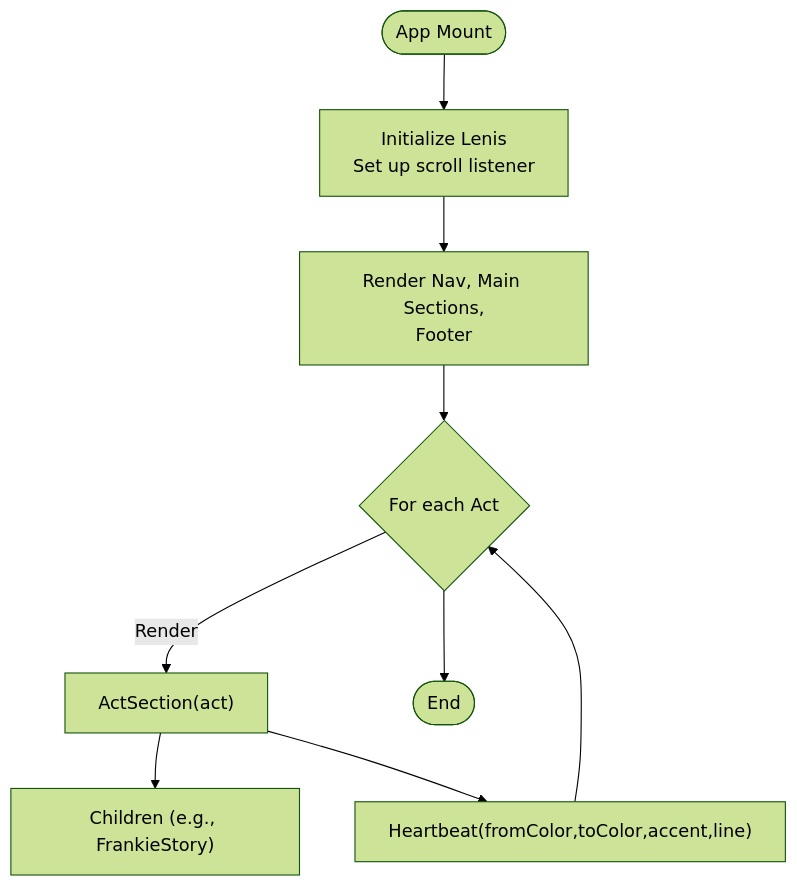
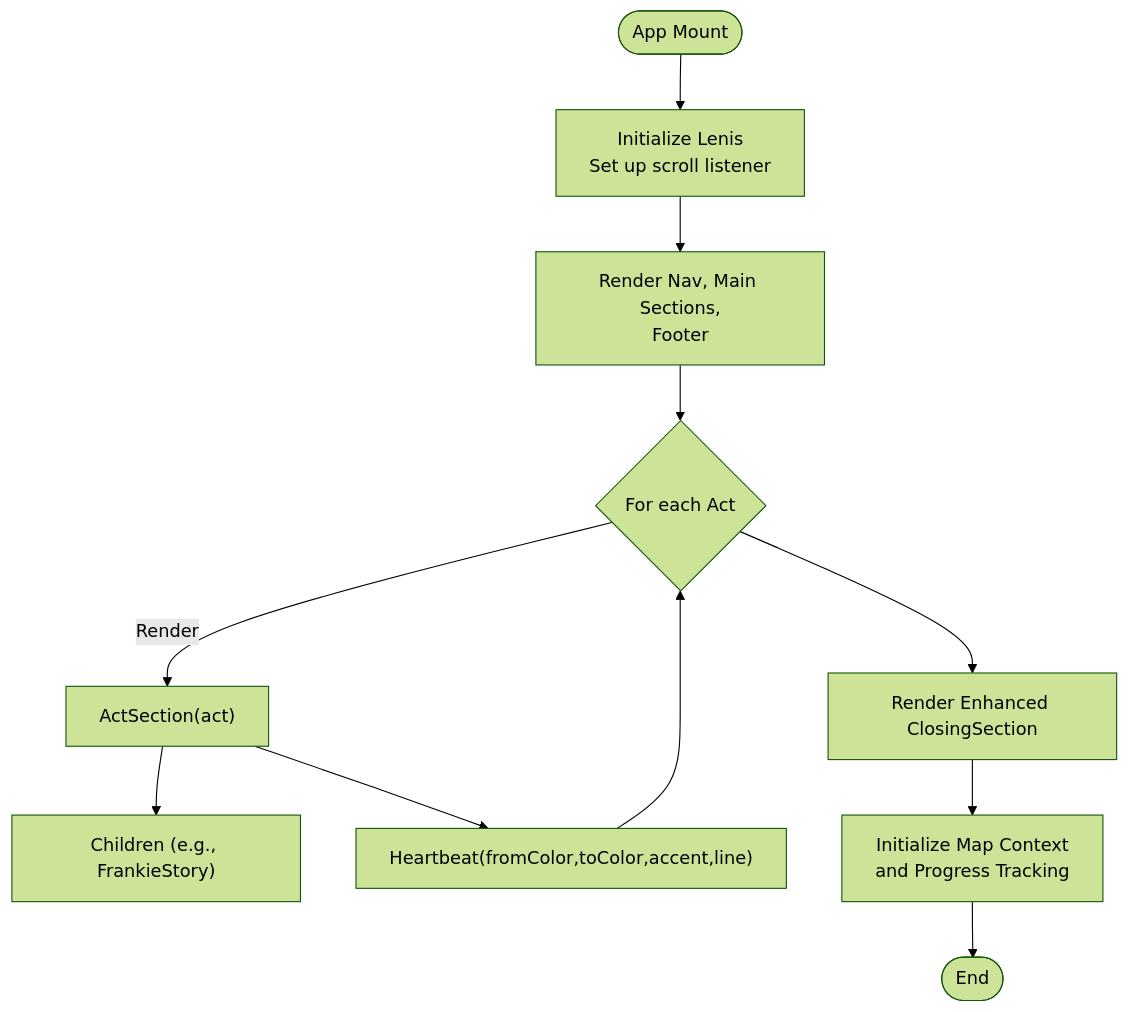
One commit to rakeshmaity271/frankie-picasso changed the third of 13 diagrams in .qoder/repowiki/en/content/Frontend Components/Enhanced Scrapbook Component.md. Above: the diagram before and after it, drawn with Mermaid (forest theme). The commit also changed other lines of this file and 24 other files, not shown here.

````diff
--- a/.qoder/repowiki/en/content/Frontend Components/Enhanced Scrapbook Component.md
+++ b/.qoder/repowiki/en/content/Frontend Components/Enhanced Scrapbook Component.md
@@ -168,11 +212,13 @@
 ```mermaid
 flowchart TD
 Start(["App Mount"]) --> Init["Initialize Lenis<br/>Set up scroll listener"]
 Init --> BuildPage["Render Nav, Main Sections,<br/>Footer"]
 BuildPage --> ActsLoop{"For each Act"}
 ActsLoop --> |Render| ActSec["ActSection(act)"]
 ActSec --> Children["Children (e.g., FrankieStory)"]
 ActSec --> NextHB["Heartbeat(fromColor,toColor,accent,line)"]
 NextHB --> ActsLoop
-ActsLoop --> End(["End"])
+ActsLoop --> Closing["Render Enhanced ClosingSection"]
+Closing --> MapIntegration["Initialize Map Context<br/>and Progress Tracking"]
+MapIntegration --> End(["End"])
 ```
````
